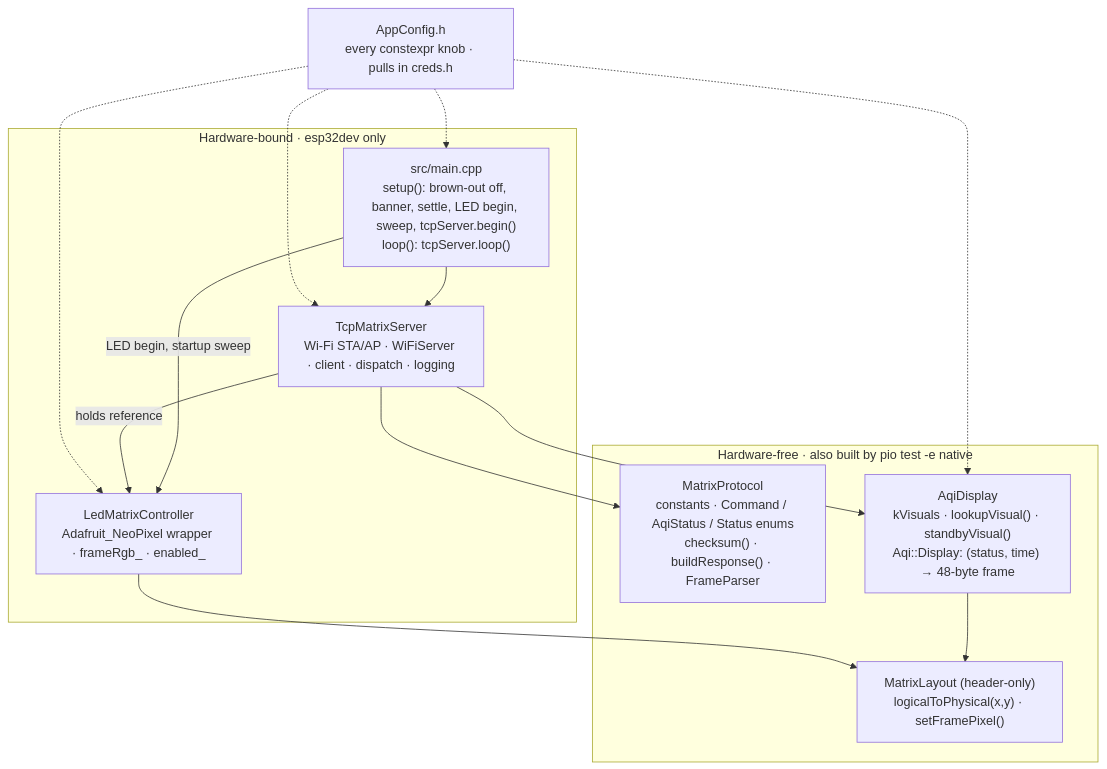
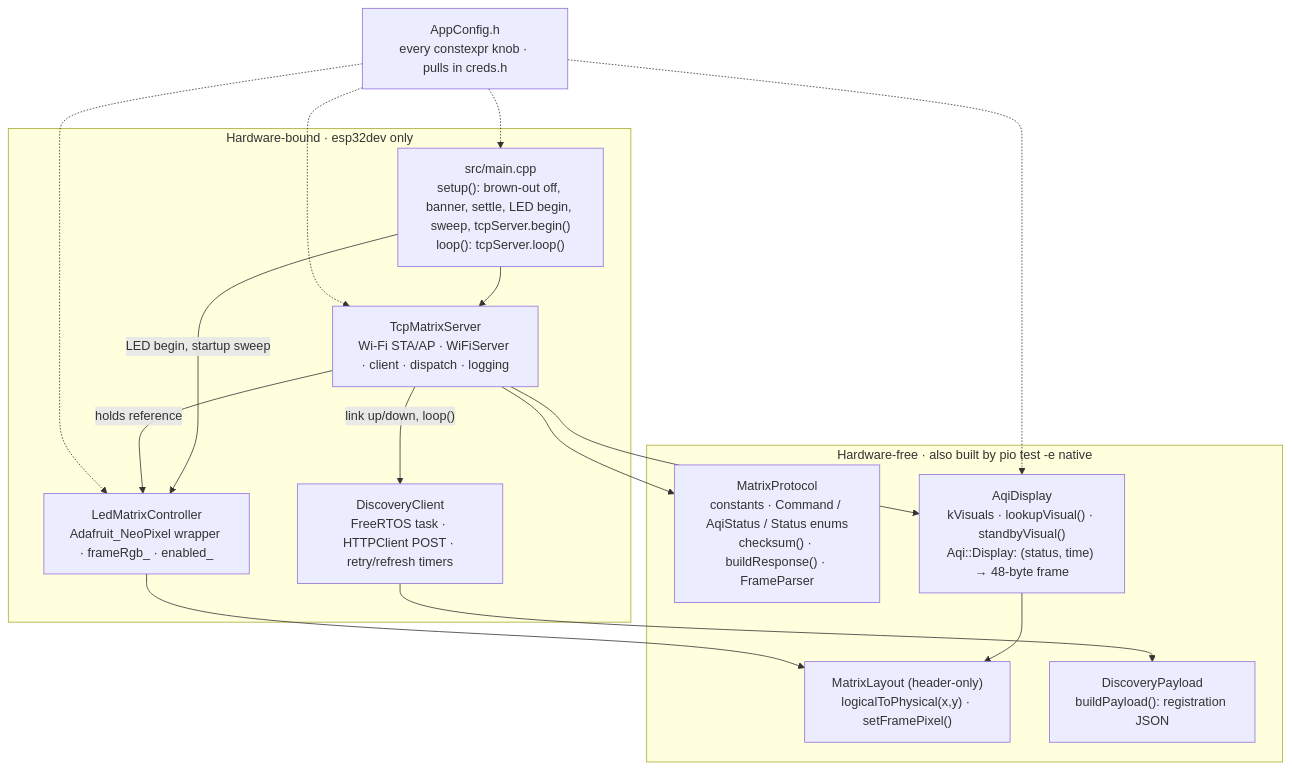
Before and after one commit to w0rxbend/neoncore: the fifth of 6 diagrams in README.md, drawn with Mermaid. The commit also changed other lines of this file and 13 other files, not shown here.

First line of the commit message:
Add discovery registration so senders can find the device

````diff
--- a/README.md
+++ b/README.md
@@ -510,25 +592,29 @@
 ```mermaid
 flowchart TB
     subgraph hw["Hardware-bound · esp32dev only"]
         main["src/main.cpp<br/>setup(): brown-out off, banner, settle, LED begin, sweep, tcpServer.begin()<br/>loop(): tcpServer.loop()"]
         tcp["TcpMatrixServer<br/>Wi-Fi STA/AP · WiFiServer · client · dispatch · logging"]
         led["LedMatrixController<br/>Adafruit_NeoPixel wrapper · frameRgb_ · enabled_"]
+        disc["DiscoveryClient<br/>FreeRTOS task · HTTPClient POST · retry/refresh timers"]
     end
     subgraph pure["Hardware-free · also built by pio test -e native"]
         proto["MatrixProtocol<br/>constants · Command / AqiStatus / Status enums<br/>checksum() · buildResponse() · FrameParser"]
         aqi["AqiDisplay<br/>kVisuals · lookupVisual() · standbyVisual()<br/>Aqi::Display: (status, time) → 48-byte frame"]
         layout["MatrixLayout (header-only)<br/>logicalToPhysical(x,y) · setFramePixel()"]
+        dpay["DiscoveryPayload<br/>buildPayload(): registration JSON"]
     end
     cfg["AppConfig.h<br/>every constexpr knob · pulls in creds.h"]
     main --> tcp
     main -->|"LED begin, startup sweep"| led
     tcp --> proto
     tcp --> aqi
     tcp -->|"holds reference"| led
+    tcp -->|"link up/down, loop()"| disc
+    disc --> dpay
     aqi --> layout
     led --> layout
     cfg -.-> main
     cfg -.-> tcp
     cfg -.-> aqi
     cfg -.-> led
 ```
````
